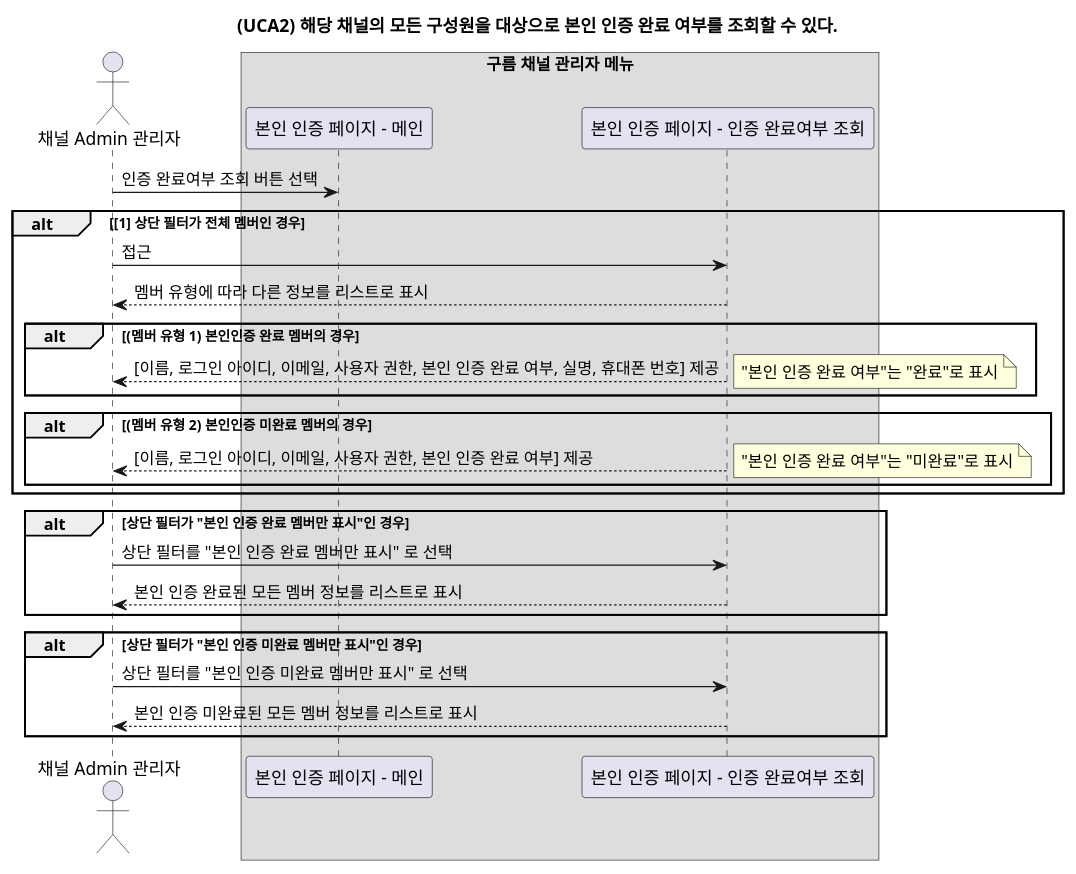
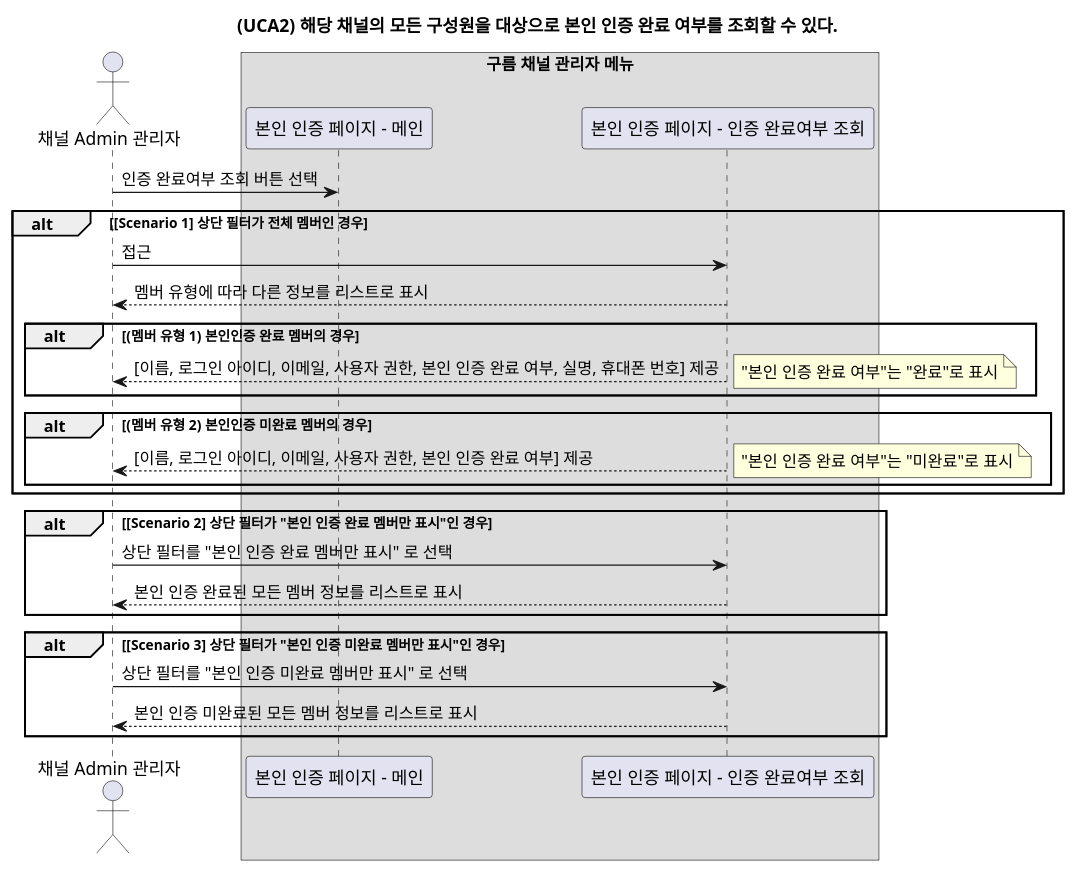
Before and after one commit to YoonsooOh/tech-study: the diagram in 본인인증기획/시퀀스 다이어그램/UCA2.puml, drawn with PlantUML. The commit also changed 1 other file, not shown here.

```diff
--- a/본인인증기획/시퀀스 다이어그램/UCA2.puml
+++ b/본인인증기획/시퀀스 다이어그램/UCA2.puml
@@ -1,47 +1,47 @@
 @startuml
 
 title (UCA2) 해당 채널의 모든 구성원을 대상으로 본인 인증 완료 여부를 조회할 수 있다.
 
 actor "채널 Admin 관리자"
 
 box "구름 채널 관리자 메뉴"
 participant "본인 인증 페이지 - 메인"
 participant "본인 인증 페이지 - 인증 완료여부 조회"
 endbox
 
 "채널 Admin 관리자" -> "본인 인증 페이지 - 메인" : 인증 완료여부 조회 버튼 선택
 
 
-alt [1] 상단 필터가 전체 멤버인 경우
+alt [Scenario 1] 상단 필터가 전체 멤버인 경우
 
 "채널 Admin 관리자" -> "본인 인증 페이지 - 인증 완료여부 조회" : 접근
 "본인 인증 페이지 - 인증 완료여부 조회" --> "채널 Admin 관리자" : 멤버 유형에 따라 다른 정보를 리스트로 표시
 
 alt (멤버 유형 1) 본인인증 완료 멤버의 경우
 "본인 인증 페이지 - 인증 완료여부 조회" --> "채널 Admin 관리자" : [이름, 로그인 아이디, 이메일, 사용자 권한, 본인 인증 완료 여부, 실명, 휴대폰 번호] 제공
 note right
 "본인 인증 완료 여부"는 "완료"로 표시
 end note
 
 end
 
 alt (멤버 유형 2) 본인인증 미완료 멤버의 경우
 "본인 인증 페이지 - 인증 완료여부 조회" --> "채널 Admin 관리자" : [이름, 로그인 아이디, 이메일, 사용자 권한, 본인 인증 완료 여부] 제공
 note right
 "본인 인증 완료 여부"는 "미완료"로 표시
 end note
 end
 
 end
 
-alt 상단 필터가 "본인 인증 완료 멤버만 표시"인 경우
+alt [Scenario 2] 상단 필터가 "본인 인증 완료 멤버만 표시"인 경우
 "채널 Admin 관리자" -> "본인 인증 페이지 - 인증 완료여부 조회" : 상단 필터를 "본인 인증 완료 멤버만 표시" 로 선택
 "본인 인증 페이지 - 인증 완료여부 조회" --> "채널 Admin 관리자" : 본인 인증 완료된 모든 멤버 정보를 리스트로 표시
 end
 
-alt 상단 필터가 "본인 인증 미완료 멤버만 표시"인 경우
+alt [Scenario 3] 상단 필터가 "본인 인증 미완료 멤버만 표시"인 경우
 "채널 Admin 관리자" -> "본인 인증 페이지 - 인증 완료여부 조회" : 상단 필터를 "본인 인증 미완료 멤버만 표시" 로 선택
 "본인 인증 페이지 - 인증 완료여부 조회" --> "채널 Admin 관리자" : 본인 인증 미완료된 모든 멤버 정보를 리스트로 표시
 end
 
 @enduml
```
